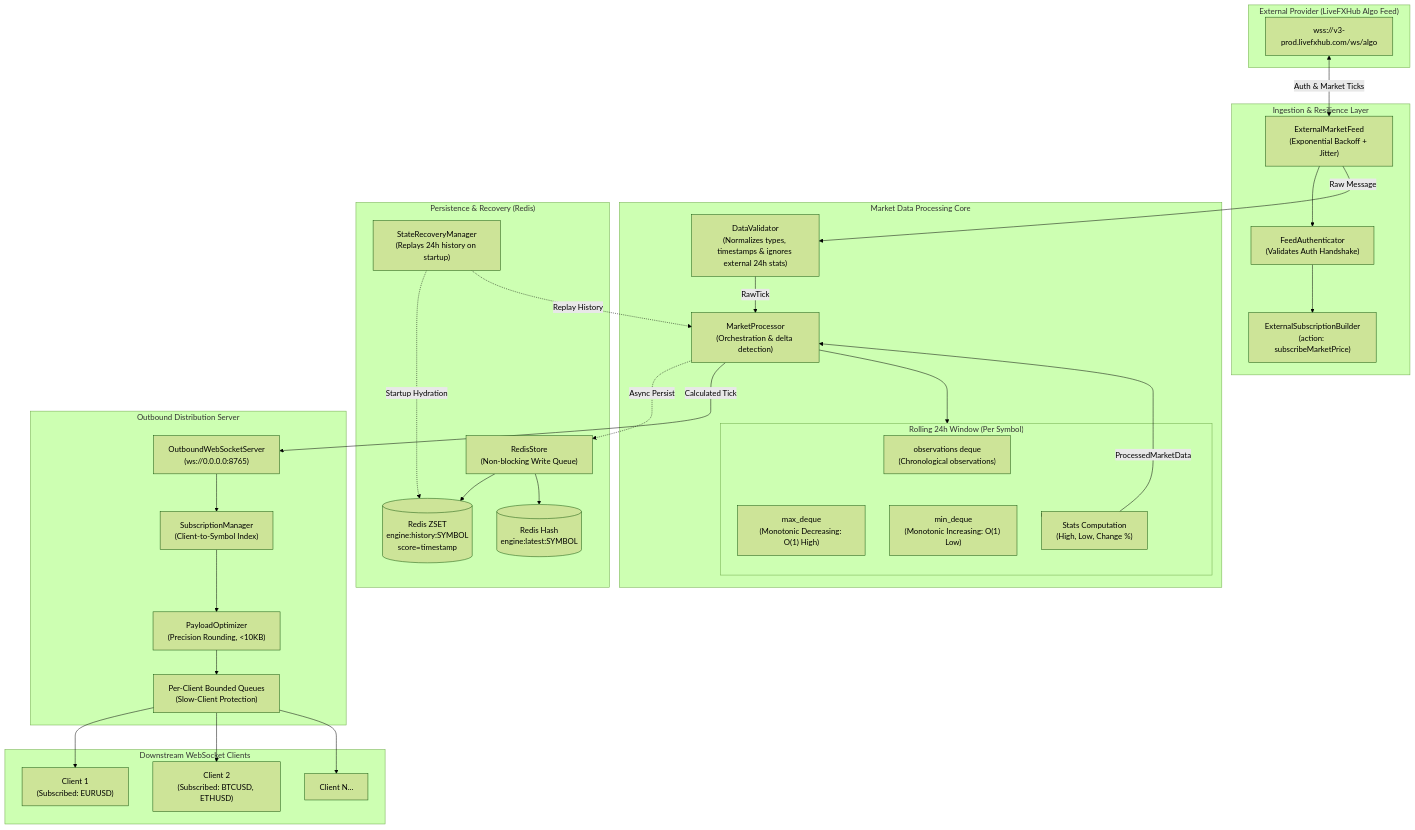
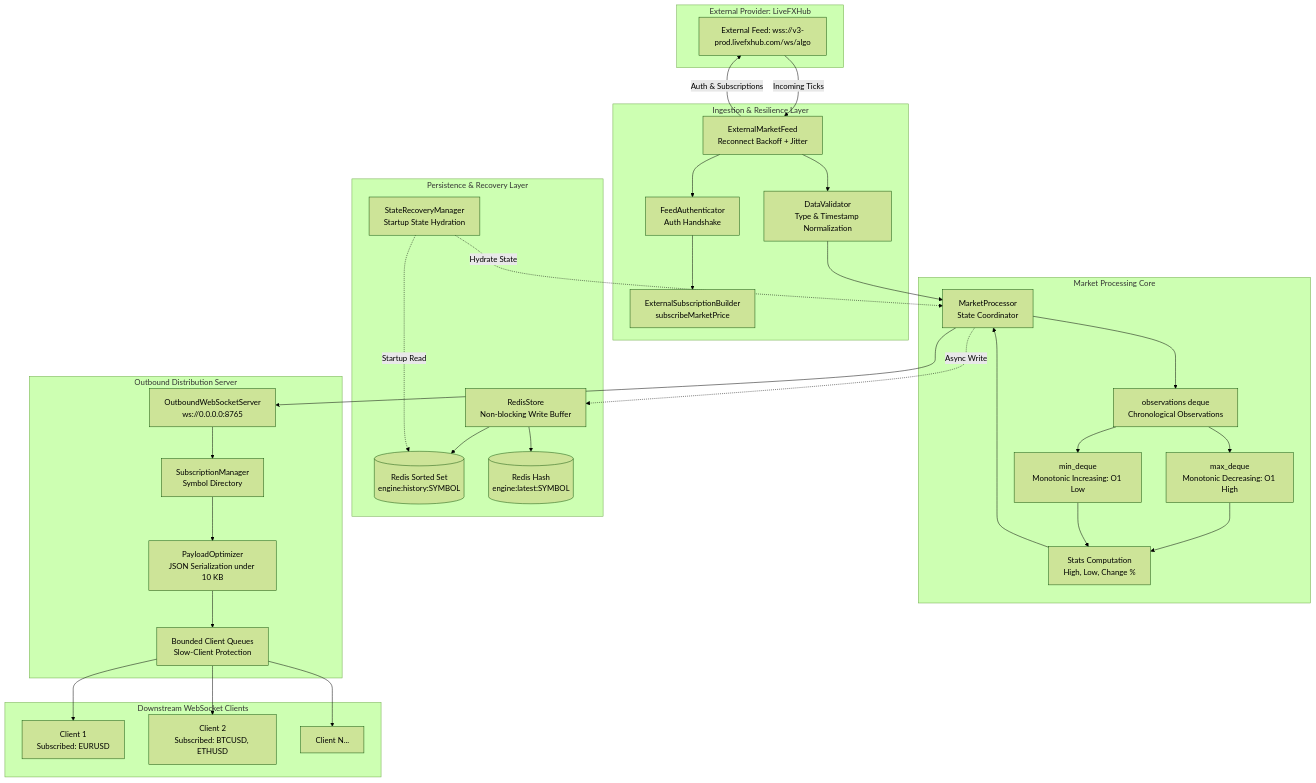
One commit to ShubhraAR-Hebbar/Task changed the first of 3 diagrams in docs/architecture.md. Above: the diagram before and after it, drawn with Mermaid (forest theme). The commit also changed 1 other file, not shown here.

Commit message:
fix(docs): fix Mermaid diagram syntax for GitHub rich rendering

````diff
--- a/docs/architecture.md
+++ b/docs/architecture.md
@@ -11,70 +11,68 @@
 ```mermaid
 flowchart TD
-    subgraph Upstream ["External Provider (LiveFXHub Algo Feed)"]
-        EX_WS["wss://v3-prod.livefxhub.com/ws/algo"]
+    subgraph Upstream [External Provider: LiveFXHub]
+        EX_WS["External Feed: wss://v3-prod.livefxhub.com/ws/algo"]
     end
 
-    subgraph IngestionLayer ["Ingestion & Resilience Layer"]
-        AUTH["FeedAuthenticator\n(Validates Auth Handshake)"]
-        SUB_BUILDER["ExternalSubscriptionBuilder\n(action: subscribeMarketPrice)"]
-        CONN_MGR["ExternalMarketFeed\n(Exponential Backoff + Jitter)"]
+    subgraph IngestionLayer [Ingestion & Resilience Layer]
+        CONN_MGR["ExternalMarketFeed<br/>Reconnect Backoff + Jitter"]
+        AUTH["FeedAuthenticator<br/>Auth Handshake"]
+        SUB_BUILDER["ExternalSubscriptionBuilder<br/>subscribeMarketPrice"]
+        VAL["DataValidator<br/>Type & Timestamp Normalization"]
     end
 
-    subgraph ProcessingPipeline ["Market Data Processing Core"]
-        VAL["DataValidator\n(Normalizes types, timestamps & ignores external 24h stats)"]
-        PROC["MarketProcessor\n(Orchestration & delta detection)"]
-        
-        subgraph WindowModule ["Rolling 24h Window (Per Symbol)"]
-            OBS_DEQUE["observations deque\n(Chronological observations)"]
-            MAX_DEQUE["max_deque\n(Monotonic Decreasing: O(1) High)"]
-            MIN_DEQUE["min_deque\n(Monotonic Increasing: O(1) Low)"]
-            CALC["Stats Computation\n(High, Low, Change %)"]
-        end
+    subgraph ProcessingPipeline [Market Processing Core]
+        PROC["MarketProcessor<br/>State Coordinator"]
+        OBS_DEQUE["observations deque<br/>Chronological Observations"]
+        MAX_DEQUE["max_deque<br/>Monotonic Decreasing: O1 High"]
+        MIN_DEQUE["min_deque<br/>Monotonic Increasing: O1 Low"]
+        CALC["Stats Computation<br/>High, Low, Change %"]
     end
 
-    subgraph PersistenceLayer ["Persistence & Recovery (Redis)"]
-        STORE["RedisStore\n(Non-blocking Write Queue)"]
-        REC["StateRecoveryManager\n(Replays 24h history on startup)"]
-        REDIS_ZSET[("Redis ZSET\nengine:history:SYMBOL\nscore=timestamp")]
-        REDIS_HASH[("Redis Hash\nengine:latest:SYMBOL")]
+    subgraph PersistenceLayer [Persistence & Recovery Layer]
+        STORE["RedisStore<br/>Non-blocking Write Buffer"]
+        REC["StateRecoveryManager<br/>Startup State Hydration"]
+        REDIS_ZSET[("Redis Sorted Set<br/>engine:history:SYMBOL")]
+        REDIS_HASH[("Redis Hash<br/>engine:latest:SYMBOL")]
     end
 
-    subgraph DistributionLayer ["Outbound Distribution Server"]
-        WS_SRV["OutboundWebSocketServer\n(ws://0.0.0.0:8765)"]
-        SUB_MGR["SubscriptionManager\n(Client-to-Symbol Index)"]
-        OPTIMIZER["PayloadOptimizer\n(Precision Rounding, <10KB)"]
-        CLIENT_QUEUE["Per-Client Bounded Queues\n(Slow-Client Protection)"]
+    subgraph DistributionLayer [Outbound Distribution Server]
+        WS_SRV["OutboundWebSocketServer<br/>ws://0.0.0.0:8765"]
+        SUB_MGR["SubscriptionManager<br/>Symbol Directory"]
+        OPTIMIZER["PayloadOptimizer<br/>JSON Serialization under 10 KB"]
+        CLIENT_QUEUE["Bounded Client Queues<br/>Slow-Client Protection"]
     end
 
-    subgraph Clients ["Downstream WebSocket Clients"]
-        C1["Client 1\n(Subscribed: EURUSD)"]
-        C2["Client 2\n(Subscribed: BTCUSD, ETHUSD)"]
+    subgraph Clients [Downstream WebSocket Clients]
+        C1["Client 1<br/>Subscribed: EURUSD"]
+        C2["Client 2<br/>Subscribed: BTCUSD, ETHUSD"]
         C3["Client N..."]
     end
 
-    %% Flow connections
-    EX_WS <-->|Auth & Market Ticks| CONN_MGR
+    EX_WS -->|Incoming Ticks| CONN_MGR
+    CONN_MGR -->|Auth & Subscriptions| EX_WS
     CONN_MGR --> AUTH
     AUTH --> SUB_BUILDER
-    CONN_MGR -->|Raw Message| VAL
-    VAL -->|RawTick| PROC
-    PROC --> WindowModule
-    WindowModule --> CALC
-    CALC -->|ProcessedMarketData| PROC
+    CONN_MGR --> VAL
+    VAL --> PROC
+    PROC --> OBS_DEQUE
+    OBS_DEQUE --> MAX_DEQUE
+    OBS_DEQUE --> MIN_DEQUE
+    MAX_DEQUE --> CALC
+    MIN_DEQUE --> CALC
+    CALC --> PROC
     
-    %% Storage Path
-    PROC -.->|Async Persist| STORE
+    PROC -.->|Async Write| STORE
     STORE --> REDIS_ZSET
     STORE --> REDIS_HASH
-    REC -.->|Startup Hydration| REDIS_ZSET
-    REC -.->|Replay History| PROC
+    REC -.->|Startup Read| REDIS_ZSET
+    REC -.->|Hydrate State| PROC
 
-    %% Distribution Path
-    PROC -->|Calculated Tick| WS_SRV
+    PROC --> WS_SRV
     WS_SRV --> SUB_MGR
     SUB_MGR --> OPTIMIZER
     OPTIMIZER --> CLIENT_QUEUE
     CLIENT_QUEUE --> C1
     CLIENT_QUEUE --> C2
     CLIENT_QUEUE --> C3
 ```
````
